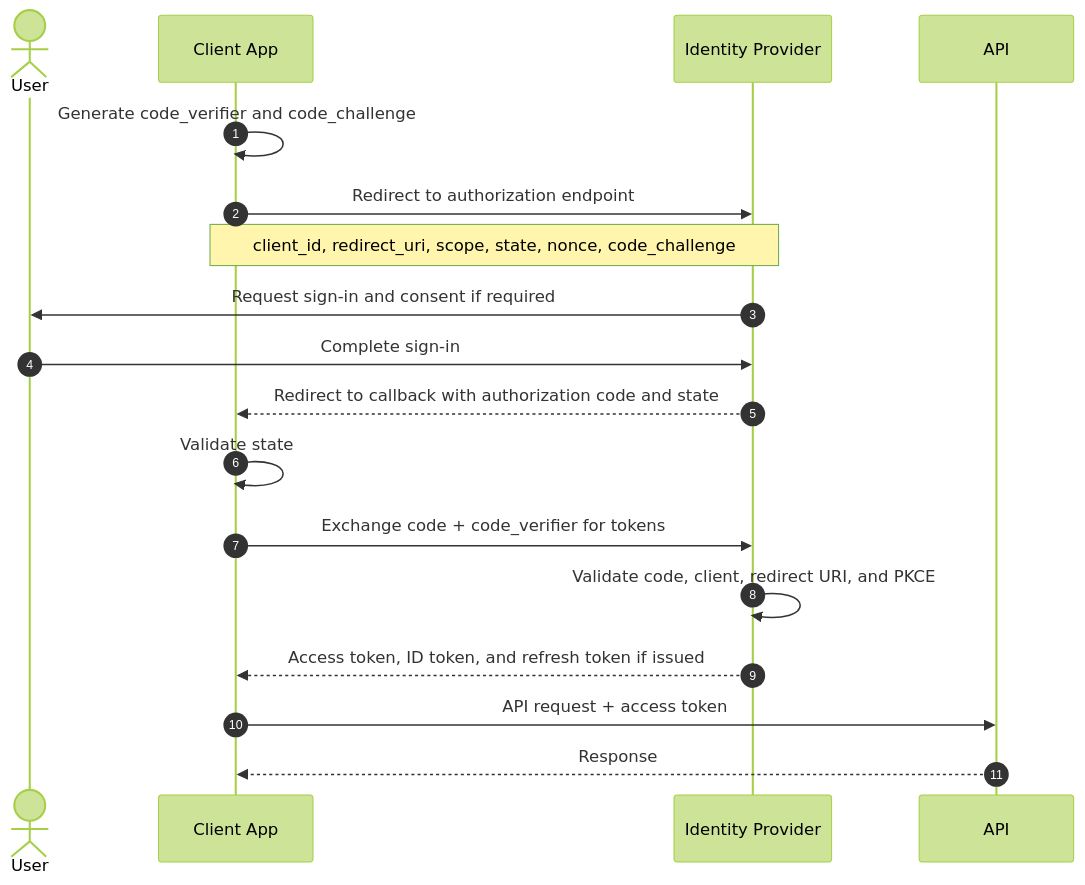
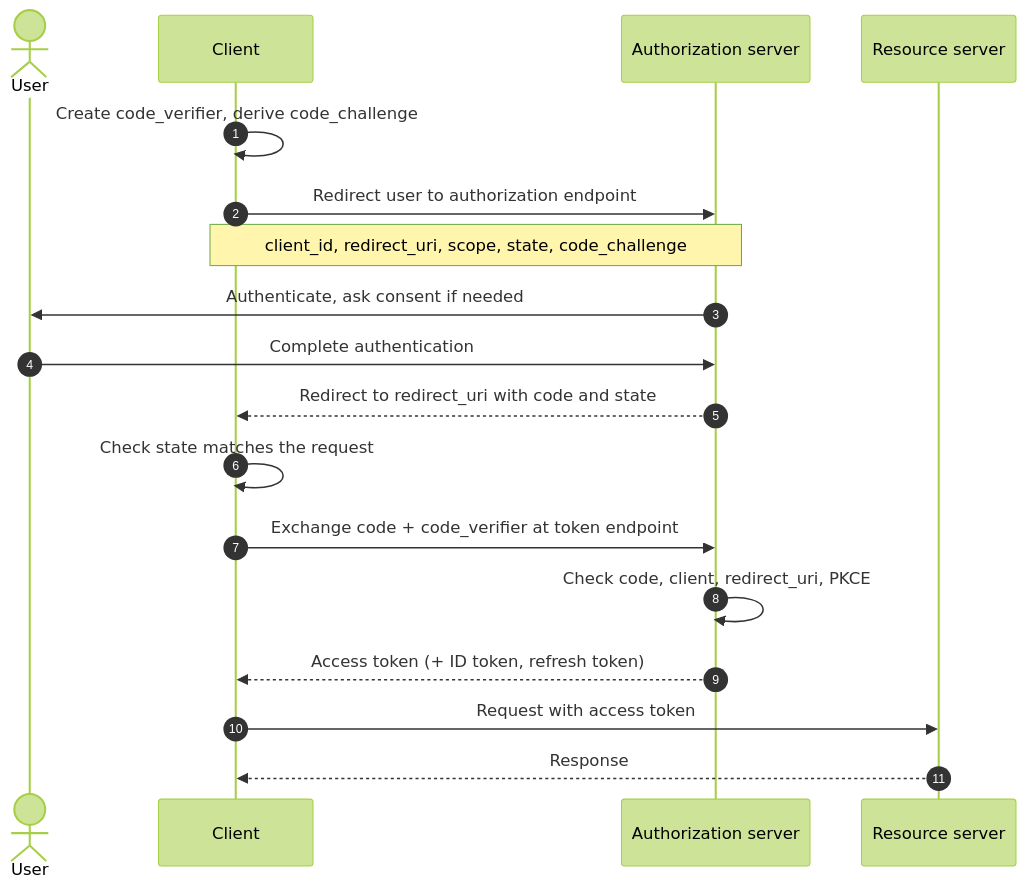
The second of 4 diagrams in src/content/blog/token-based-authentication.mdx (acrr-asia/acrr), drawn with Mermaid (forest theme) before and after one commit. The commit also changed other lines of this file and 2 other files, not shown here.

First line of the commit message:
Rewrite the authentication article as a vendor-neutral, top-down chapter

````diff
--- a/src/content/blog/token-based-authentication.mdx
+++ b/src/content/blog/token-based-authentication.mdx
@@ -401,21 +253,21 @@
 ```mermaid
 sequenceDiagram
     autonumber
     actor U as User
-    participant C as Client App
-    participant I as Identity Provider
-    participant A as API
+    participant C as Client
+    participant AS as Authorization server
+    participant RS as Resource server
 
-    C->>C: Generate code_verifier and code_challenge
-    C->>I: Redirect to authorization endpoint
-    Note over C,I: client_id, redirect_uri, scope, state, nonce, code_challenge
-    I->>U: Request sign-in and consent if required
-    U->>I: Complete sign-in
-    I-->>C: Redirect to callback with authorization code and state
-    C->>C: Validate state
-    C->>I: Exchange code + code_verifier for tokens
-    I->>I: Validate code, client, redirect URI, and PKCE
-    I-->>C: Access token, ID token, and refresh token if issued
-    C->>A: API request + access token
-    A-->>C: Response
+    C->>C: Create code_verifier, derive code_challenge
+    C->>AS: Redirect user to authorization endpoint
+    Note over C,AS: client_id, redirect_uri, scope, state, code_challenge
+    AS->>U: Authenticate, ask consent if needed
+    U->>AS: Complete authentication
+    AS-->>C: Redirect to redirect_uri with code and state
+    C->>C: Check state matches the request
+    C->>AS: Exchange code + code_verifier at token endpoint
+    AS->>AS: Check code, client, redirect_uri, PKCE
+    AS-->>C: Access token (+ ID token, refresh token)
+    C->>RS: Request with access token
+    RS-->>C: Response
 ```
````
